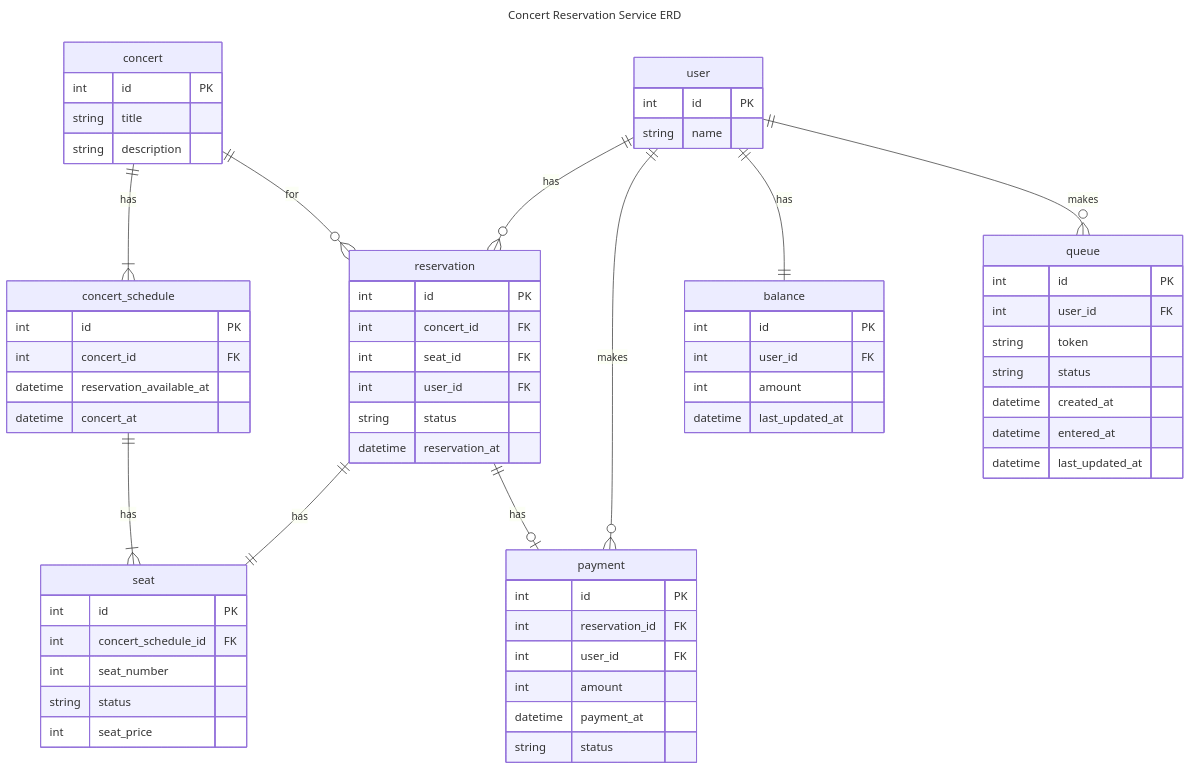
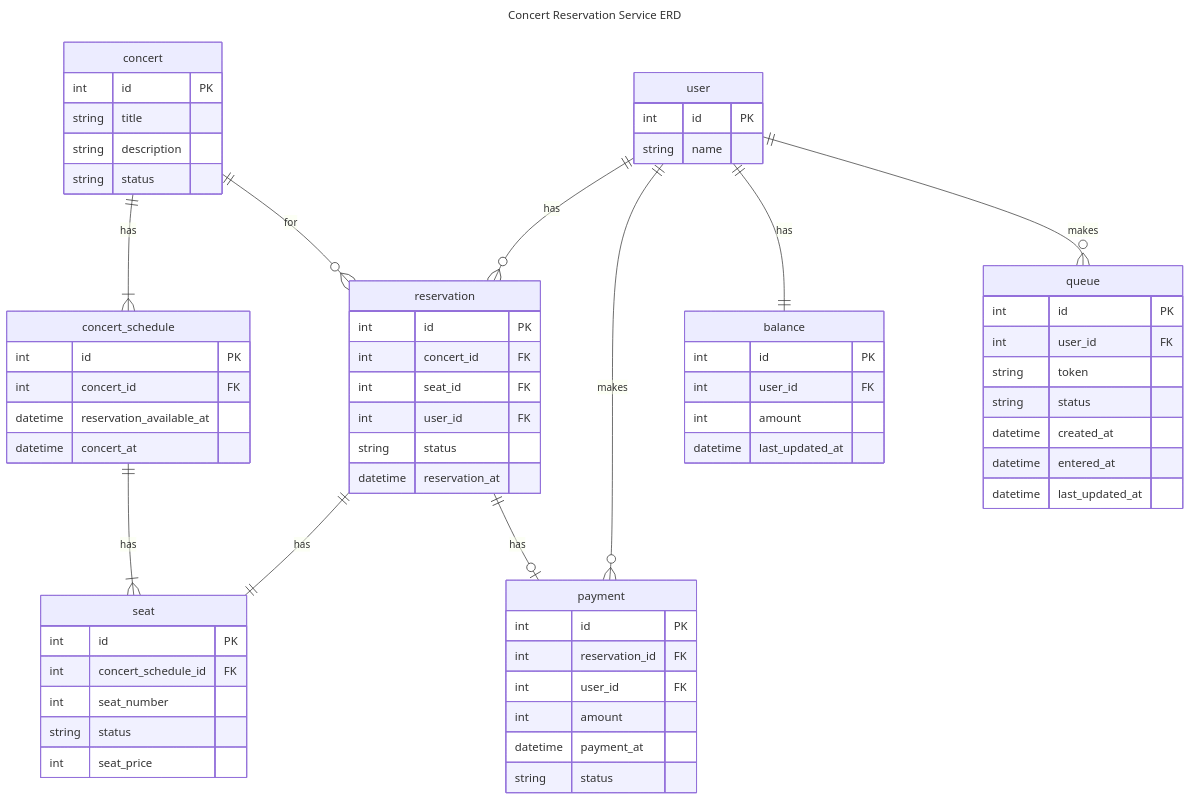
Before and after one commit to Goryeojin/hhplus-concert: the diagram in docs/03_ERD.md, drawn with Mermaid. The commit also changed other lines of this file and 16 other files, not shown here.

````diff
--- a/docs/03_ERD.md
+++ b/docs/03_ERD.md
@@ -1,73 +1,74 @@
 ```mermaid
 ---
 title: Concert Reservation Service ERD
 ---
 erDiagram
     user ||--o{ reservation : has
     user ||--o{ payment : makes
     user ||--|| balance : has
     user ||--o{ queue : makes
     concert ||--|{ concert_schedule : has
     concert ||--o{ reservation : for
     concert_schedule ||--|{ seat : has
     reservation ||--|| seat : has
     reservation ||--o| payment : has
 
     concert {
         int id PK
         string title
         string description
+        string status
     }
     concert_schedule {
         int id PK
         int concert_id FK
         datetime reservation_available_at
         datetime concert_at
     }
     seat {
         int id PK
         int concert_schedule_id FK
         int seat_number
         string status
         int seat_price
     }
 		
     reservation {
         int id PK
         int concert_id FK
         int seat_id FK
         int user_id FK
         string status
         datetime reservation_at
     }
 
     payment {
         int id PK
         int reservation_id FK
         int user_id FK
         int amount
         datetime payment_at
         string status
     }
 
     balance {
         int id PK
         int user_id FK
         int amount
         datetime last_updated_at
     }
 
     queue {
         int id PK
         int user_id FK
         string token
         string status
         datetime created_at
         datetime entered_at
         datetime last_updated_at
     }
     user {
         int id PK
         string name
     }
 ```
````
